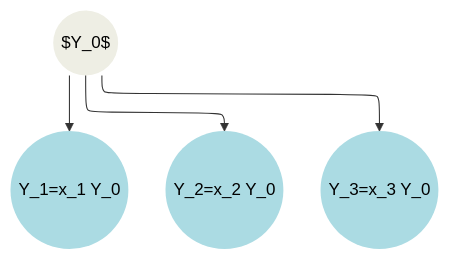
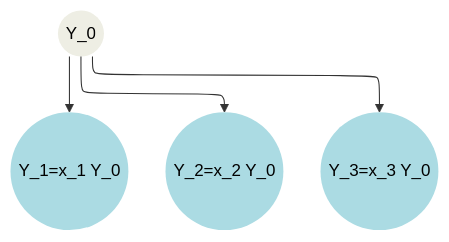
Before and after one commit to jakobsarthur/maxent_disaggregation: the diagram in README.md, drawn with Mermaid. The commit also changed 3 other files, not shown here.

````diff
--- a/README.md
+++ b/README.md
@@ -45,19 +45,19 @@
 ```mermaid
 flowchart-elk TD
     %% Define node classes
     classDef Aggregate fill:#eeeee4,color:black,stroke:none;
     classDef DisAgg1 fill:#abdbe3,color:black,stroke:none;
     classDef DisAgg2 fill:#e28743,color:black,stroke:none;
     classDef DisAgg3 fill:#abdbe3,color:black,stroke:none;
 
-    agg(("      $Y_0$      ")):::Aggregate
+    agg(("      Y_0      ")):::Aggregate
     disagg1(("Y_1=x_1 Y_0")):::DisAgg1
     disagg2(("Y_2=x_2 Y_0")):::DisAgg1
     disagg3(("Y_3=x_3 Y_0")):::DisAgg1
    
 
     %% Define connections
     agg  --> disagg1
     agg  --> disagg2
     agg  --> disagg3
 ```
````
